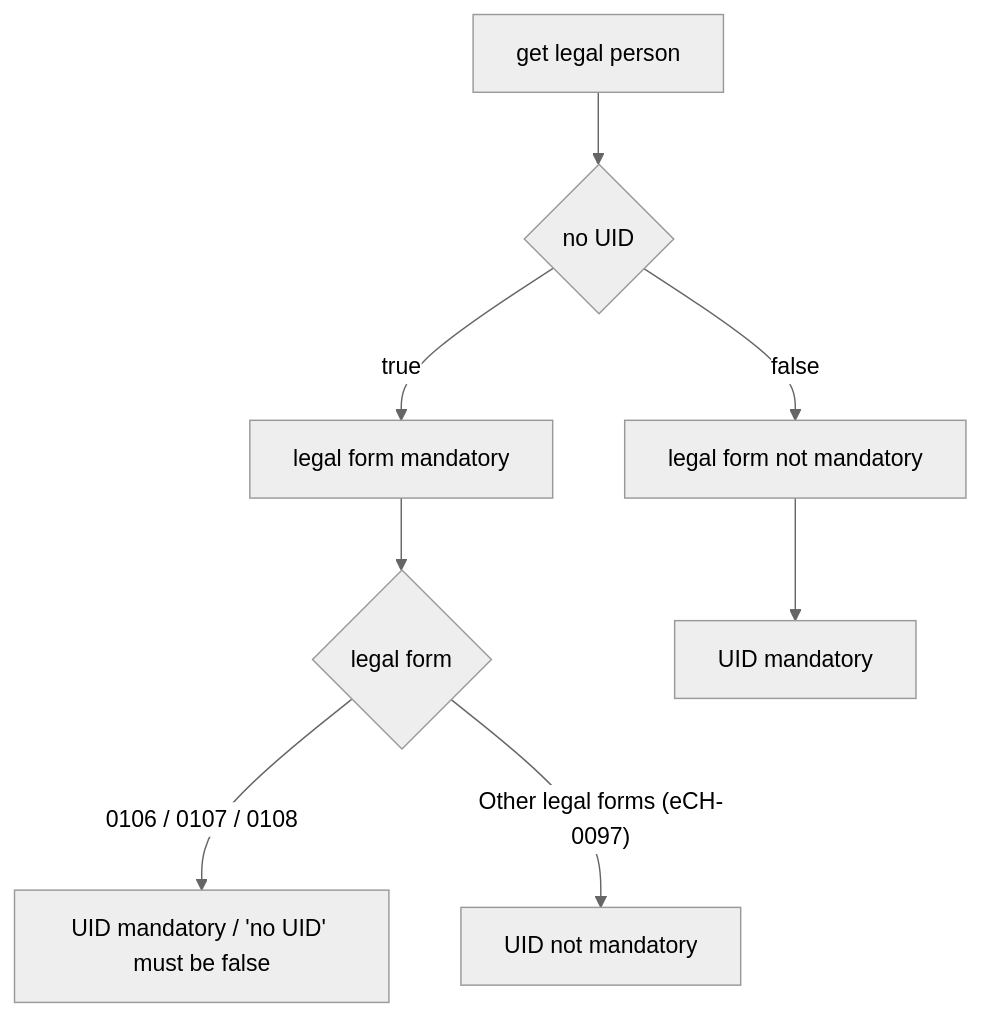
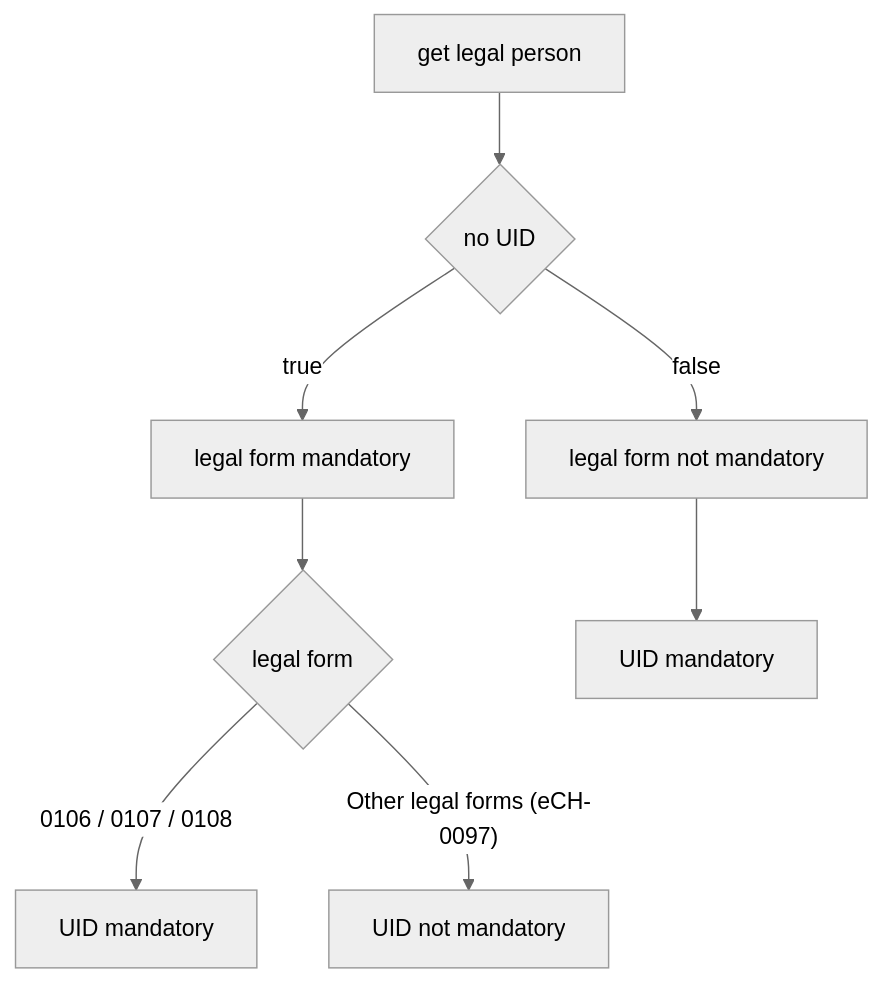
Before and after one commit to officialgazette/announcement-model: the second of 2 diagrams in README.md, drawn with Mermaid.

````diff
--- a/README.md
+++ b/README.md
@@ -70,18 +70,18 @@
 ```mermaid
 
 
 %%{
   init: {
     'theme': 'neutral'
   }
 }%%
 
 flowchart TD
     A[get legal person] --> B{no UID}
     B -- true --> C[legal form mandatory]
     C --> D{legal form}
-    D -- "0106 / 0107 / 0108" --> E[UID mandatory / 'no UID' must be false]
+    D -- "0106 / 0107 / 0108" --> E[UID mandatory]
     D -- "Other legal forms (eCH-0097)" --> F[UID not mandatory]
     B -- false --> G[legal form not mandatory]
     G --> H[UID mandatory]
 ```
````
